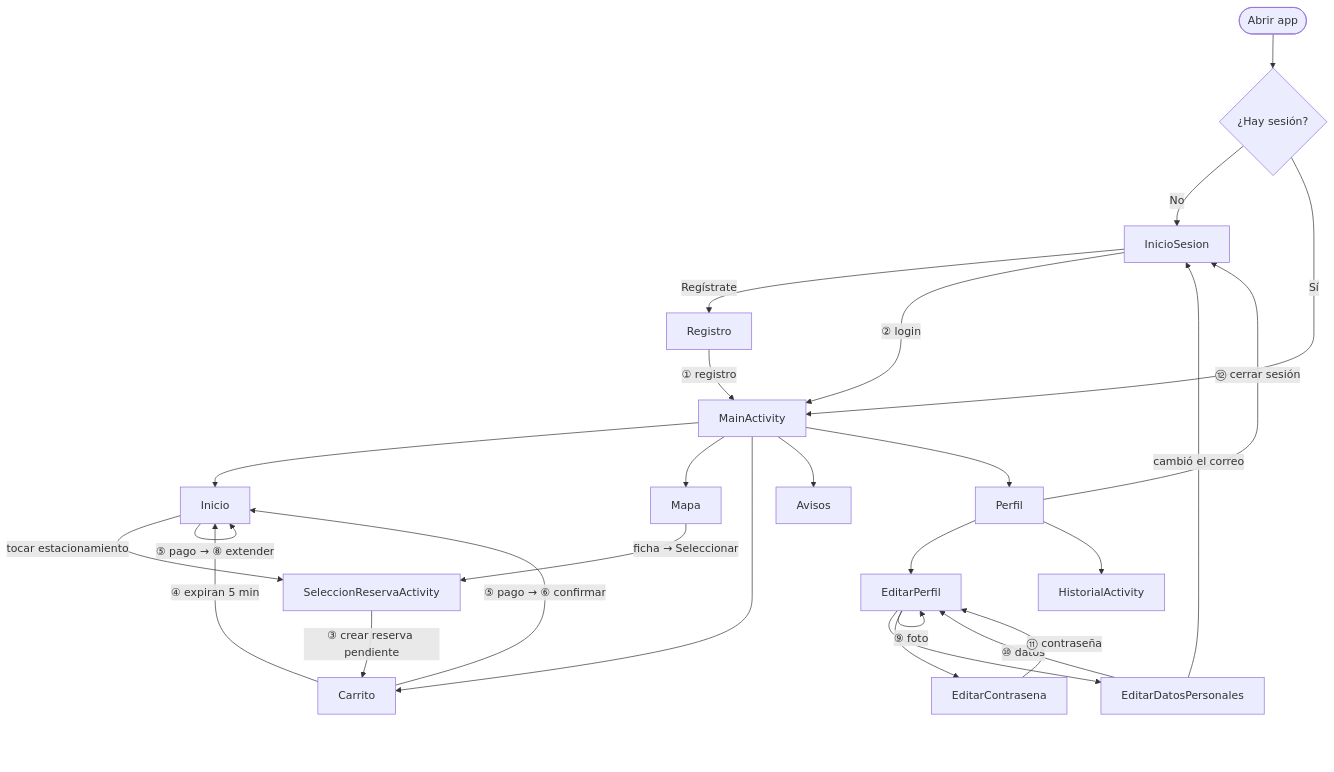
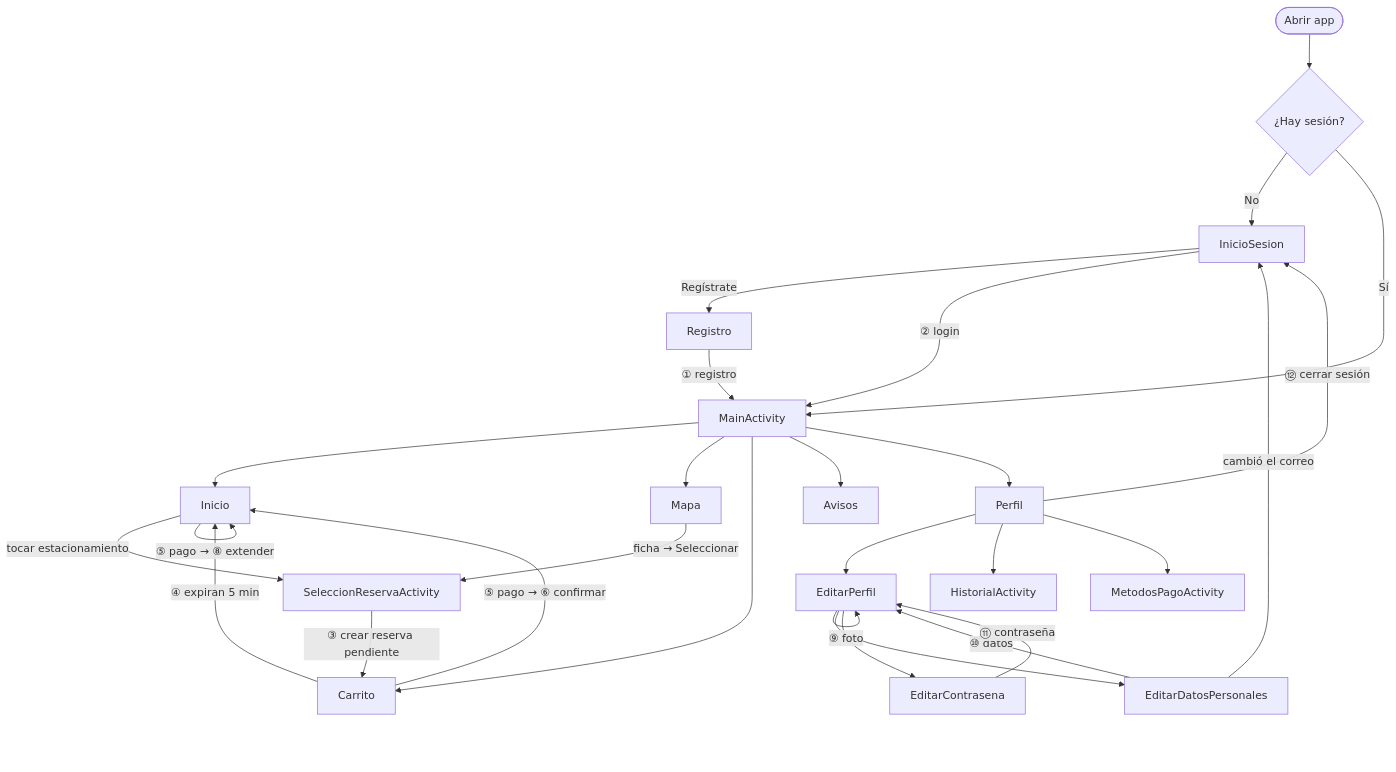
The first of 2 diagrams in docs/technical/Application/Navegacion general y trazabilidad.md (albertgatez/SmartParking), drawn with Mermaid before and after one commit. The commit also changed other lines of this file and 44 other files, not shown here.

Commit message:
Implementación metodos de pago

````diff
--- a/docs/technical/Application/Navegacion general y trazabilidad.md
+++ b/docs/technical/Application/Navegacion general y trazabilidad.md
@@ -7,33 +7,34 @@
 ```mermaid
 flowchart TD
     A([Abrir app]) --> B{¿Hay sesión?}
     B -- No --> L[InicioSesion]
     L -- "Regístrate" --> R[Registro]
     R -- "① registro" --> M
     L -- "② login" --> M
     B -- Sí --> M[MainActivity]
 
     M --> H[Inicio]
     M --> D[Mapa]
     M --> C[Carrito]
     M --> N[Avisos]
     M --> P[Perfil]
 
     H -- tocar estacionamiento --> S[SeleccionReservaActivity]
     D -- ficha → Seleccionar --> S
     S -- "③ crear reserva pendiente" --> C
     C -- "④ expiran 5 min" --> H
     C -- "⑤ pago → ⑥ confirmar" --> H
     H -- "⑦ escanear QR" --> H
     H -- "⑤ pago → ⑧ extender" --> H
 
     P --> EP[EditarPerfil]
     EP -- "⑨ foto" --> EP
     EP --> ED[EditarDatosPersonales]
     ED -- "⑩ datos" --> EP
     ED -- cambió el correo --> L
     EP --> EC[EditarContrasena]
     EC -- "⑪ contraseña" --> EP
     P --> HI[HistorialActivity]
+    P --> MP[MetodosPagoActivity]
     P -- "⑫ cerrar sesión" --> L
 ```
````
